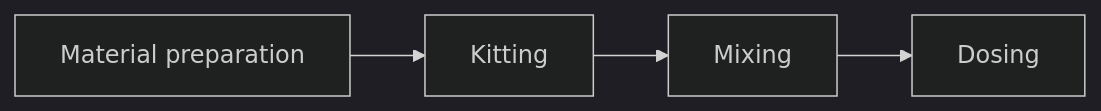
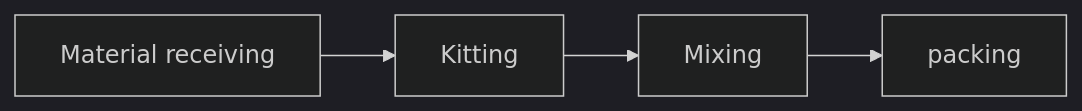
One commit to libremfg/rhize-docs changed the first of 6 diagrams in content/isa-95/models-of-work/process-segments.md. Above: the diagram before and after it, drawn with Mermaid (dark theme). The commit also changed other lines of this file and 1 other file, not shown here.

````diff
--- a/content/isa-95/models-of-work/process-segments.md
+++ b/content/isa-95/models-of-work/process-segments.md
@@ -17,7 +32,7 @@
 ```mermaid
 flowchart LR
-a[Material preparation]-->
+a[Material receiving]-->
 b[Kitting]-->
 c[Mixing]-->
-d[Dosing]
+d[packing]
 ```
````
